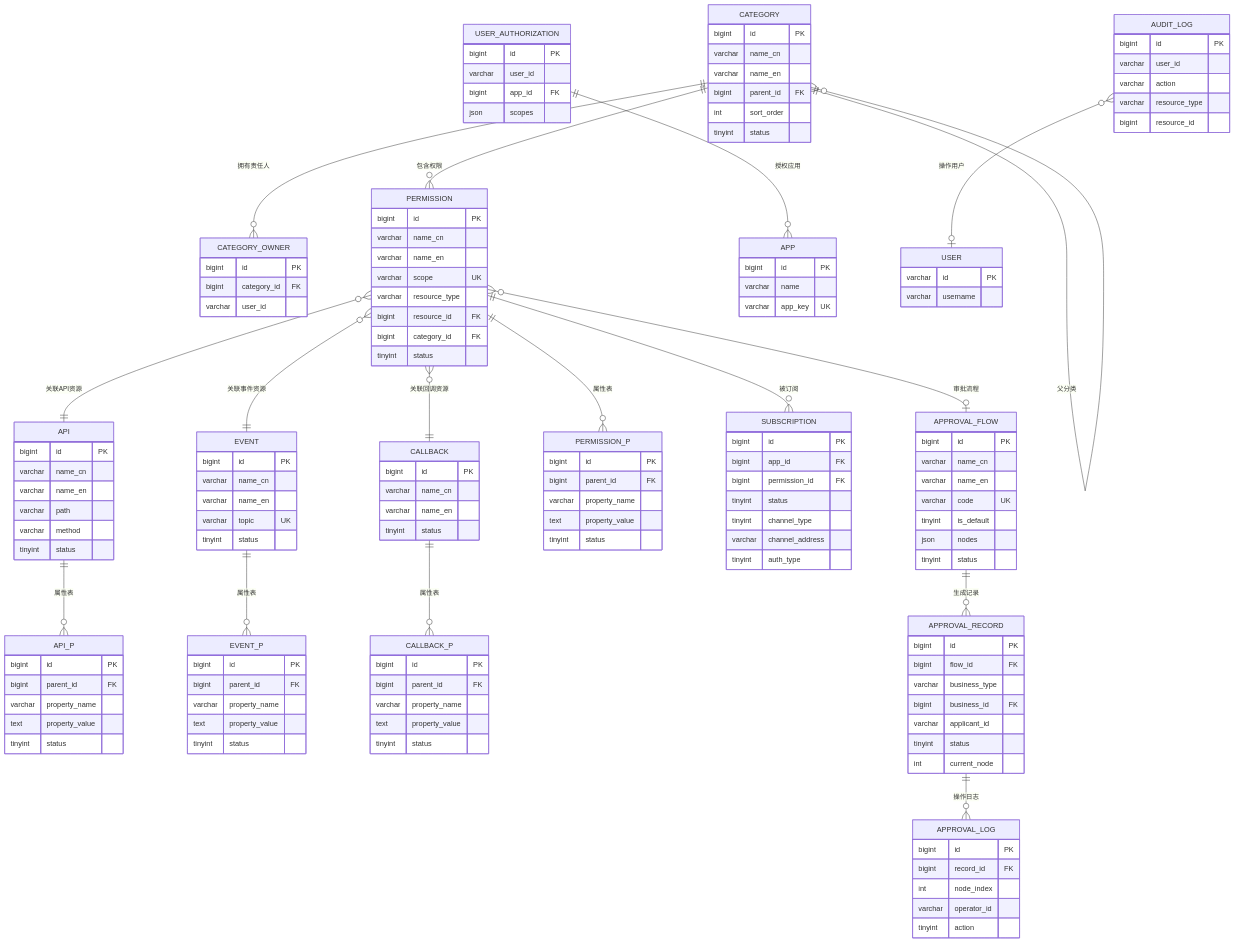
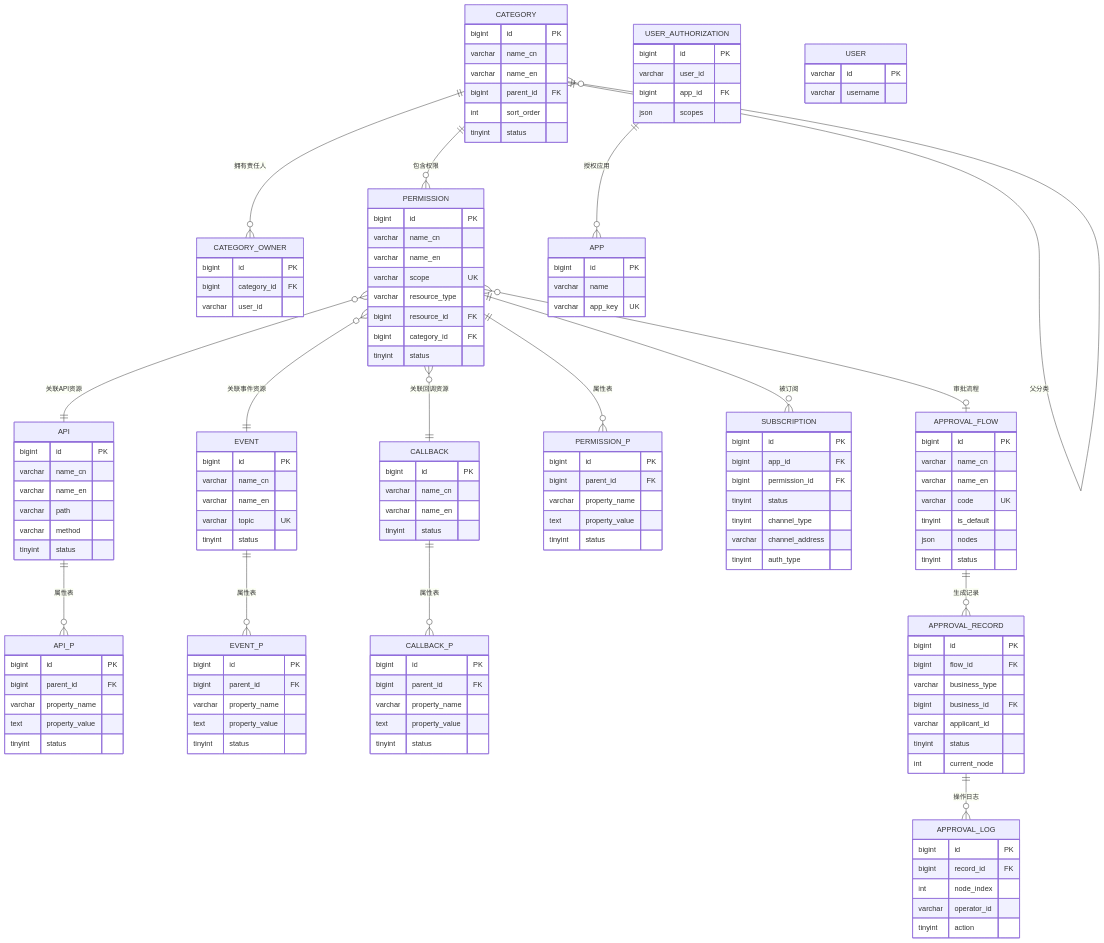
The sixth of 6 diagrams in .sddu/specs-tree-root/specs-tree-capability-open-platform/plan.md (THZSummer/open-app), drawn with Mermaid before and after one commit. The commit also changed other lines of this file, not shown here.

```diff
--- a/.sddu/specs-tree-root/specs-tree-capability-open-platform/plan.md
+++ b/.sddu/specs-tree-root/specs-tree-capability-open-platform/plan.md
@@ -600,8 +600,6 @@
     APPROVAL_RECORD ||--o{ APPROVAL_LOG : "操作日志"
     
     USER_AUTHORIZATION ||--o{ APP : "授权应用"
-    
-    AUDIT_LOG }o--o| USER : "操作用户"
 
     CATEGORY {
         bigint id PK
@@ -730,14 +728,6 @@
         json scopes
     }
     
-    AUDIT_LOG {
-        bigint id PK
-        varchar user_id
-        varchar action
-        varchar resource_type
-        bigint resource_id
-    }
-    
     APP {
         bigint id PK
         varchar name
```
